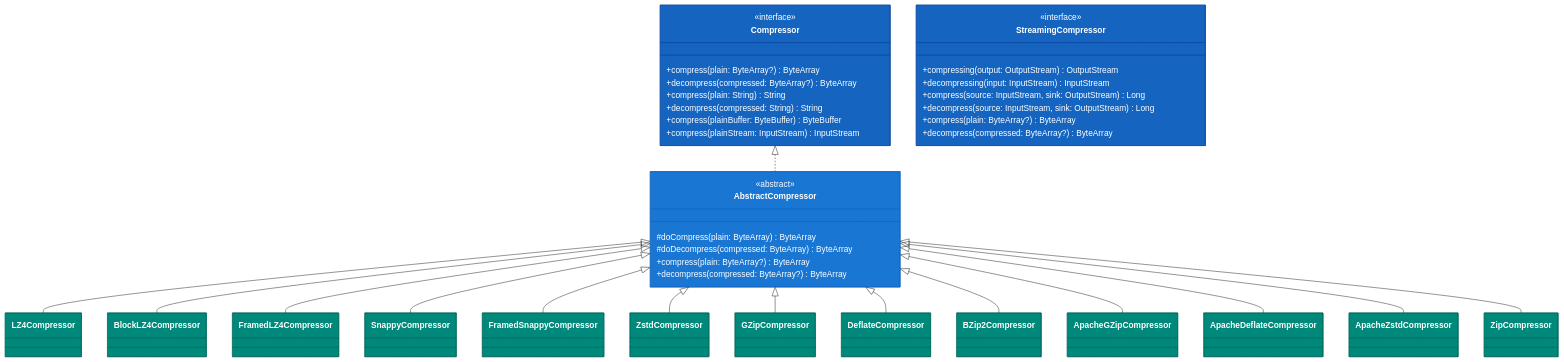
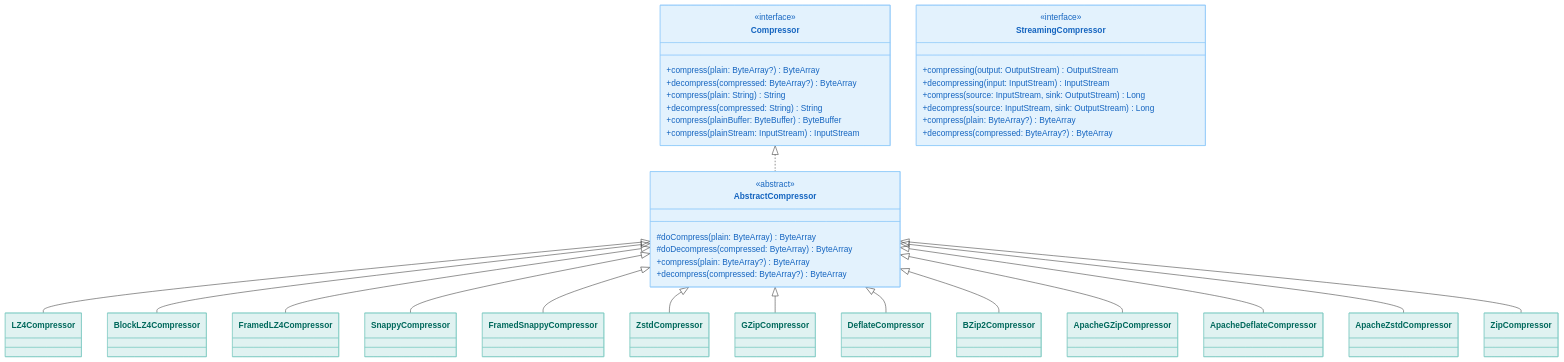
One commit to bluetape4k/bluetape4k-projects changed the first of 7 diagrams in io/io/README.ko.md. Above: the diagram before and after it, drawn with Mermaid. The commit also changed other lines of this file and 219 other files, not shown here.

First line of the commit message:
docs: 전체 README Mermaid 다이어그램 가이드 적용

````diff
--- a/io/io/README.ko.md
+++ b/io/io/README.ko.md
@@ -13,63 +13,63 @@
 ```mermaid
 classDiagram
     class Compressor {
         <<interface>>
         +compress(plain: ByteArray?) ByteArray
         +decompress(compressed: ByteArray?) ByteArray
         +compress(plain: String) String
         +decompress(compressed: String) String
         +compress(plainBuffer: ByteBuffer) ByteBuffer
         +compress(plainStream: InputStream) InputStream
     }
 
     class AbstractCompressor {
         <<abstract>>
         #doCompress(plain: ByteArray) ByteArray
         #doDecompress(compressed: ByteArray) ByteArray
         +compress(plain: ByteArray?) ByteArray
         +decompress(compressed: ByteArray?) ByteArray
     }
 
 
     class StreamingCompressor {
         <<interface>>
         +compressing(output: OutputStream) OutputStream
         +decompressing(input: InputStream) InputStream
         +compress(source: InputStream, sink: OutputStream) Long
         +decompress(source: InputStream, sink: OutputStream) Long
         +compress(plain: ByteArray?) ByteArray
         +decompress(compressed: ByteArray?) ByteArray
     }
 
     Compressor <|.. AbstractCompressor
     AbstractCompressor <|-- LZ4Compressor
     AbstractCompressor <|-- BlockLZ4Compressor
     AbstractCompressor <|-- FramedLZ4Compressor
     AbstractCompressor <|-- SnappyCompressor
     AbstractCompressor <|-- FramedSnappyCompressor
     AbstractCompressor <|-- ZstdCompressor
     AbstractCompressor <|-- GZipCompressor
     AbstractCompressor <|-- DeflateCompressor
     AbstractCompressor <|-- BZip2Compressor
     AbstractCompressor <|-- ApacheGZipCompressor
     AbstractCompressor <|-- ApacheDeflateCompressor
     AbstractCompressor <|-- ApacheZstdCompressor
     AbstractCompressor <|-- ZipCompressor
 
-    style Compressor fill:#1565C0,stroke:#0D47A1,color:#FFFFFF
-    style StreamingCompressor fill:#1565C0,stroke:#0D47A1,color:#FFFFFF
-    style AbstractCompressor fill:#1976D2,stroke:#1565C0,color:#FFFFFF
-    style LZ4Compressor fill:#00897B,stroke:#00695C,color:#FFFFFF
-    style BlockLZ4Compressor fill:#00897B,stroke:#00695C,color:#FFFFFF
-    style FramedLZ4Compressor fill:#00897B,stroke:#00695C,color:#FFFFFF
-    style SnappyCompressor fill:#00897B,stroke:#00695C,color:#FFFFFF
-    style FramedSnappyCompressor fill:#00897B,stroke:#00695C,color:#FFFFFF
-    style ZstdCompressor fill:#00897B,stroke:#00695C,color:#FFFFFF
-    style GZipCompressor fill:#00897B,stroke:#00695C,color:#FFFFFF
-    style DeflateCompressor fill:#00897B,stroke:#00695C,color:#FFFFFF
-    style BZip2Compressor fill:#00897B,stroke:#00695C,color:#FFFFFF
-    style ApacheGZipCompressor fill:#00897B,stroke:#00695C,color:#FFFFFF
-    style ApacheDeflateCompressor fill:#00897B,stroke:#00695C,color:#FFFFFF
-    style ApacheZstdCompressor fill:#00897B,stroke:#00695C,color:#FFFFFF
-    style ZipCompressor fill:#00897B,stroke:#00695C,color:#FFFFFF
+    style Compressor fill:#E3F2FD,stroke:#90CAF9,color:#1565C0
+    style StreamingCompressor fill:#E3F2FD,stroke:#90CAF9,color:#1565C0
+    style AbstractCompressor fill:#E3F2FD,stroke:#90CAF9,color:#1565C0
+    style LZ4Compressor fill:#E0F2F1,stroke:#80CBC4,color:#00695C
+    style BlockLZ4Compressor fill:#E0F2F1,stroke:#80CBC4,color:#00695C
+    style FramedLZ4Compressor fill:#E0F2F1,stroke:#80CBC4,color:#00695C
+    style SnappyCompressor fill:#E0F2F1,stroke:#80CBC4,color:#00695C
+    style FramedSnappyCompressor fill:#E0F2F1,stroke:#80CBC4,color:#00695C
+    style ZstdCompressor fill:#E0F2F1,stroke:#80CBC4,color:#00695C
+    style GZipCompressor fill:#E0F2F1,stroke:#80CBC4,color:#00695C
+    style DeflateCompressor fill:#E0F2F1,stroke:#80CBC4,color:#00695C
+    style BZip2Compressor fill:#E0F2F1,stroke:#80CBC4,color:#00695C
+    style ApacheGZipCompressor fill:#E0F2F1,stroke:#80CBC4,color:#00695C
+    style ApacheDeflateCompressor fill:#E0F2F1,stroke:#80CBC4,color:#00695C
+    style ApacheZstdCompressor fill:#E0F2F1,stroke:#80CBC4,color:#00695C
+    style ZipCompressor fill:#E0F2F1,stroke:#80CBC4,color:#00695C
 ```
````
